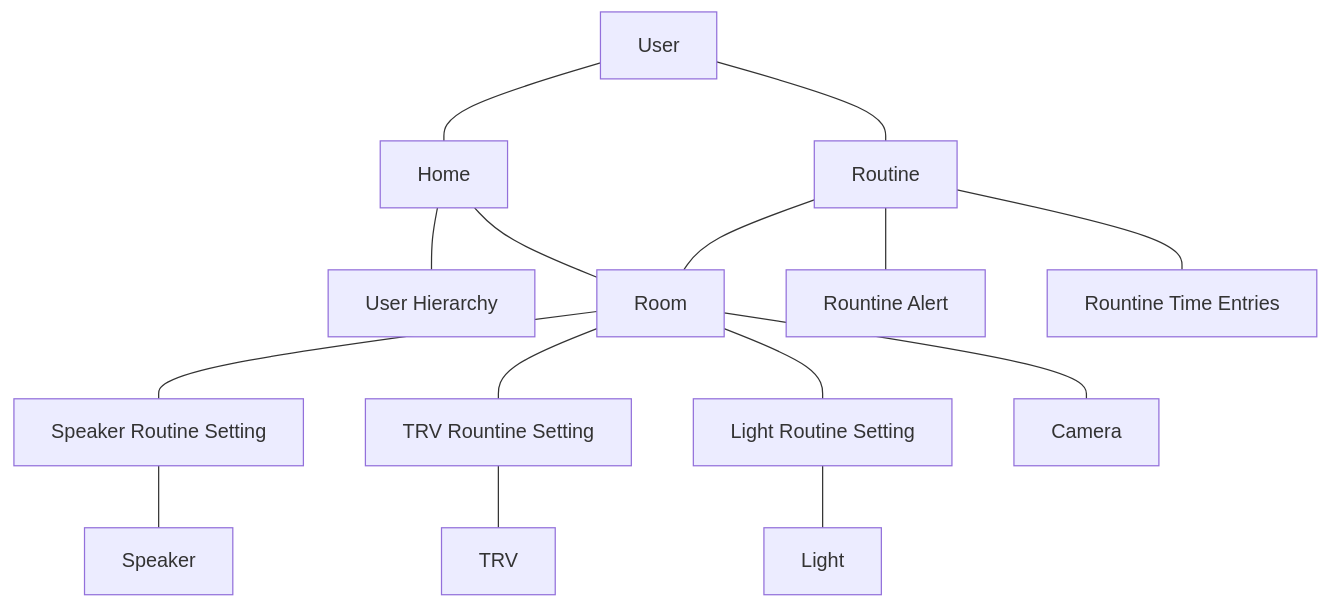
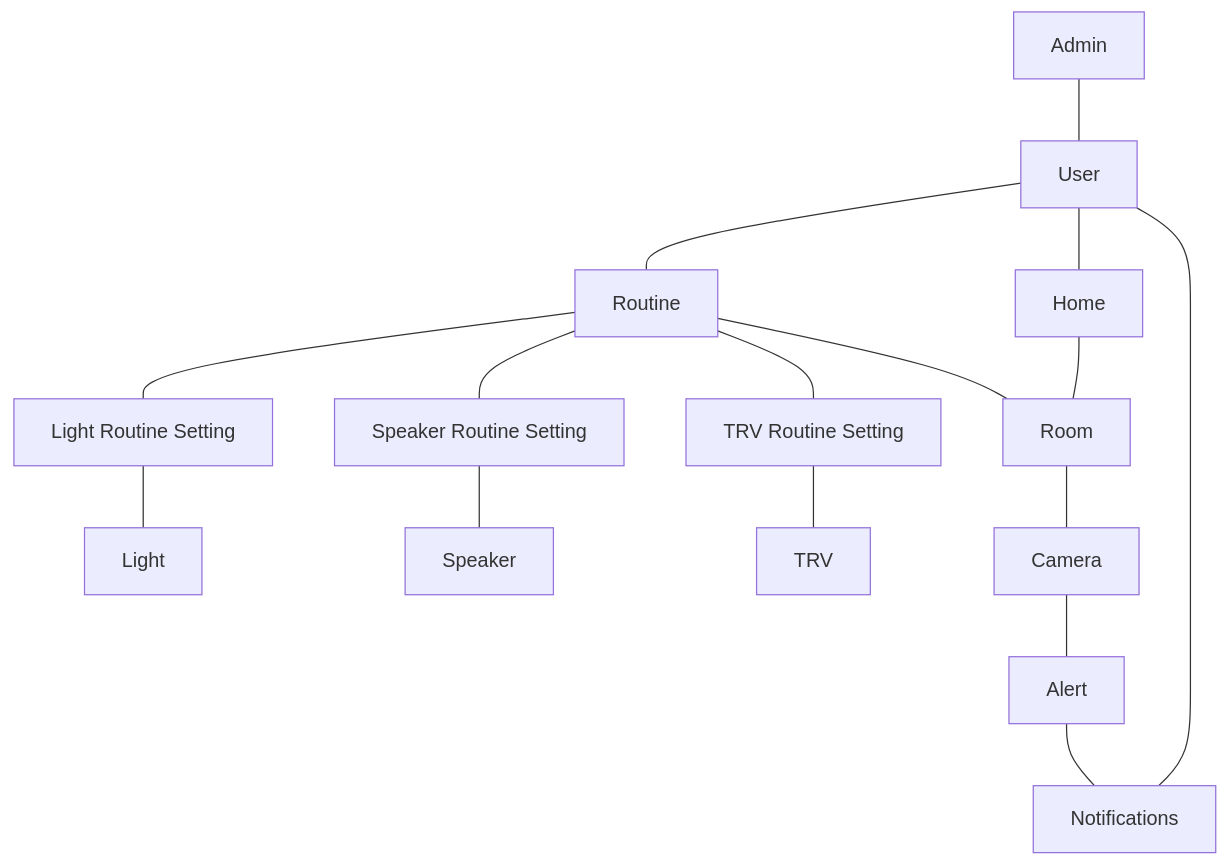
The first of 2 diagrams in README.md (cmurphy88/jarvis), drawn with Mermaid before and after one commit.

````diff
--- a/README.md
+++ b/README.md
@@ -4,17 +4,18 @@
 ```mermaid
 graph TD
-    A[User] --- B[Home]
-    A --- D[Routine]
-    B --- C[User Hierarchy]
-    B --- F[Room]
-    D --- E[Rountine Alert]
-    D --- F
-    D --- N[Rountine Time Entries]
-    F --- G[Speaker Routine Setting]
-    F --- H[TRV Rountine Setting]
-    F --- I[Light Routine Setting]
-    F --- M[Camera]
-    G --- L[Speaker]
+    A[Admin] --- B[User]
+    B --- D[Routine]
+    D --- E[Room]
+    D --- F[Light Routine Setting]
+    D --- G[Speaker Routine Setting]
+    D --- H[TRV Routine Setting]
+    F --- I[Light]
+    G --- J[Speaker]
     H --- K[TRV]
-    I --- J[Light]
+    E --- L[Camera]
+    M[Home] --- E
+    L --- N[Alert]
+    N --- O[Notifications]
+    O --- B
+    B --- M
 ```
````
